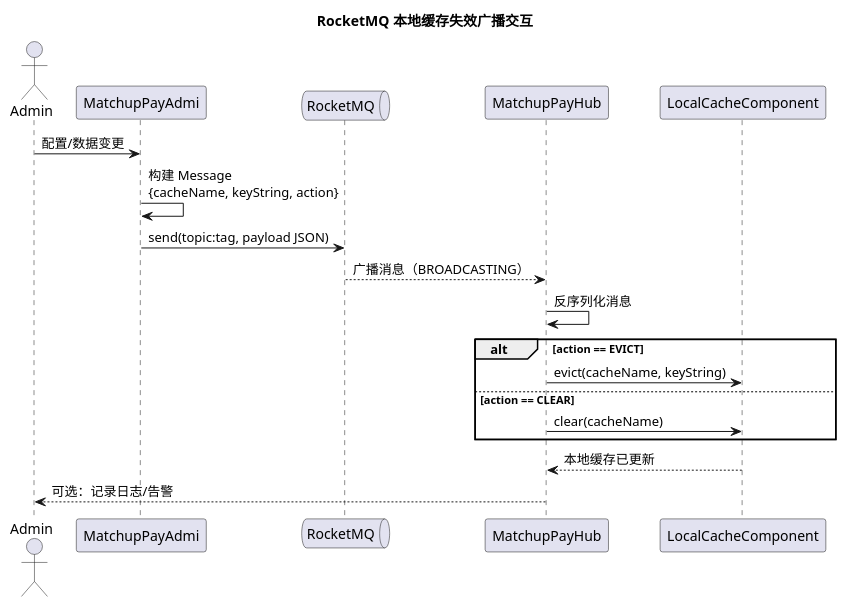
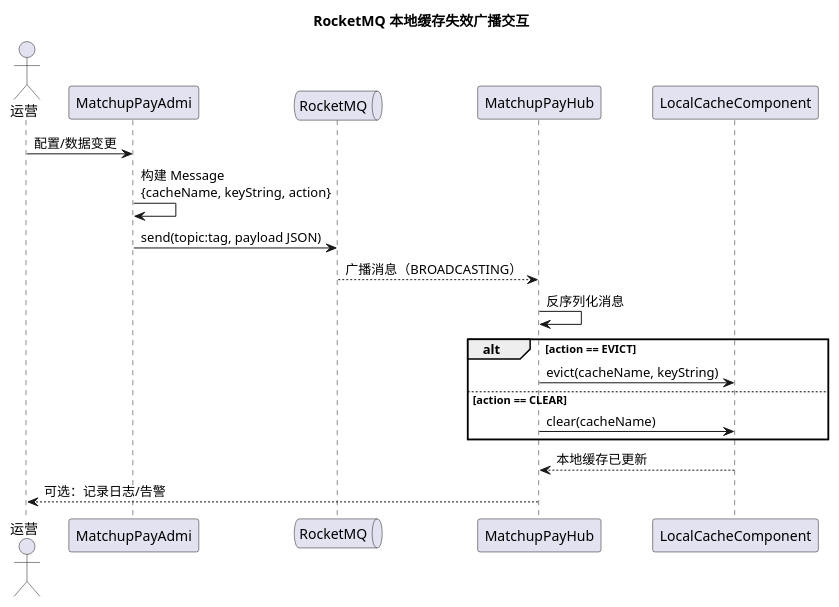
Before and after one commit to jdktomcater/java-showcase: the diagram in showcase-design/技术/rocketmq/合天下本地缓存更新组件交互.puml, drawn with PlantUML.

Commit message:
本地缓存更新

```diff
--- a/showcase-design/技术/rocketmq/合天下本地缓存更新组件交互.puml
+++ b/showcase-design/技术/rocketmq/合天下本地缓存更新组件交互.puml
@@ -1,24 +1,24 @@
 @startuml
 title RocketMQ 本地缓存失效广播交互
 
-actor Admin as Admin
+actor 运营 as Admin
 participant "MatchupPayAdmi" as Producer
 queue "RocketMQ" as MQ
 participant "MatchupPayHub" as Consumer
 participant "LocalCacheComponent" as Cache
 
 Admin -> Producer: 配置/数据变更
 Producer -> Producer: 构建 Message\n{cacheName, keyString, action}
 Producer -> MQ: send(topic:tag, payload JSON)
 
 MQ --> Consumer: 广播消息（BROADCASTING）
 Consumer -> Consumer: 反序列化消息
 alt action == EVICT
   Consumer -> Cache: evict(cacheName, keyString)
 else action == CLEAR
   Consumer -> Cache: clear(cacheName)
 end
 Cache --> Consumer: 本地缓存已更新
 Consumer --> Admin: 可选：记录日志/告警
 
 @enduml
```
